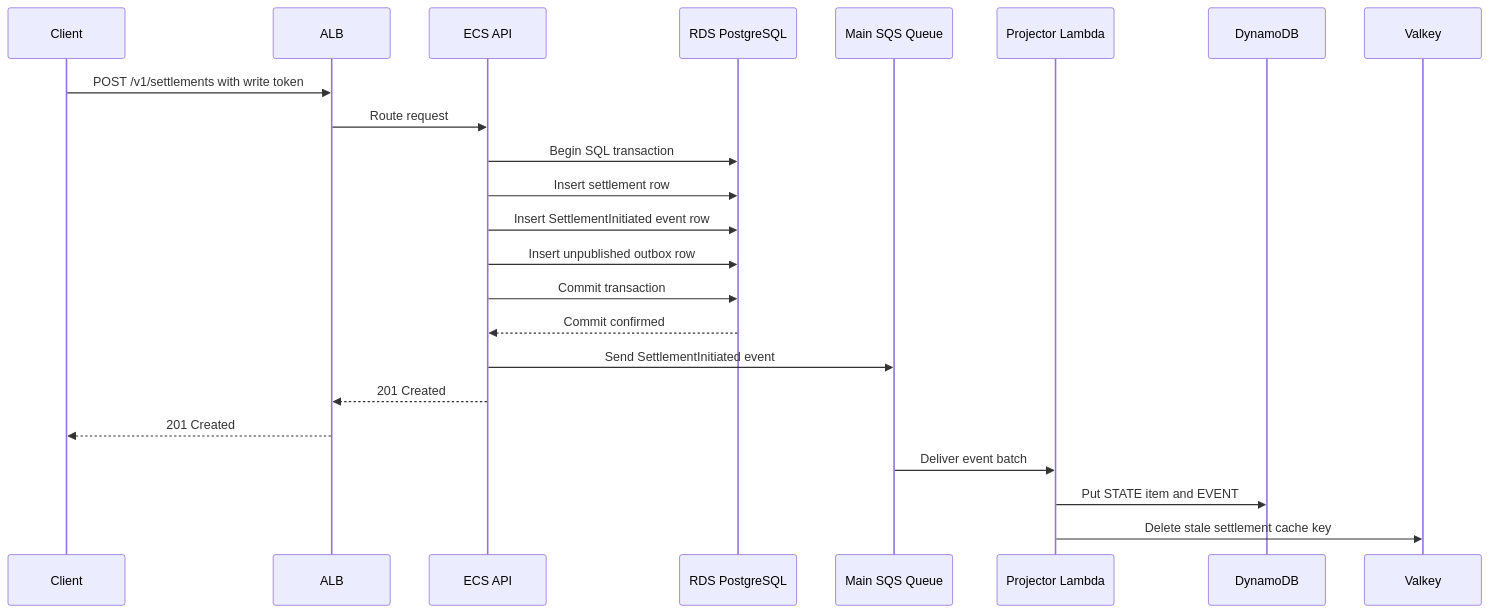
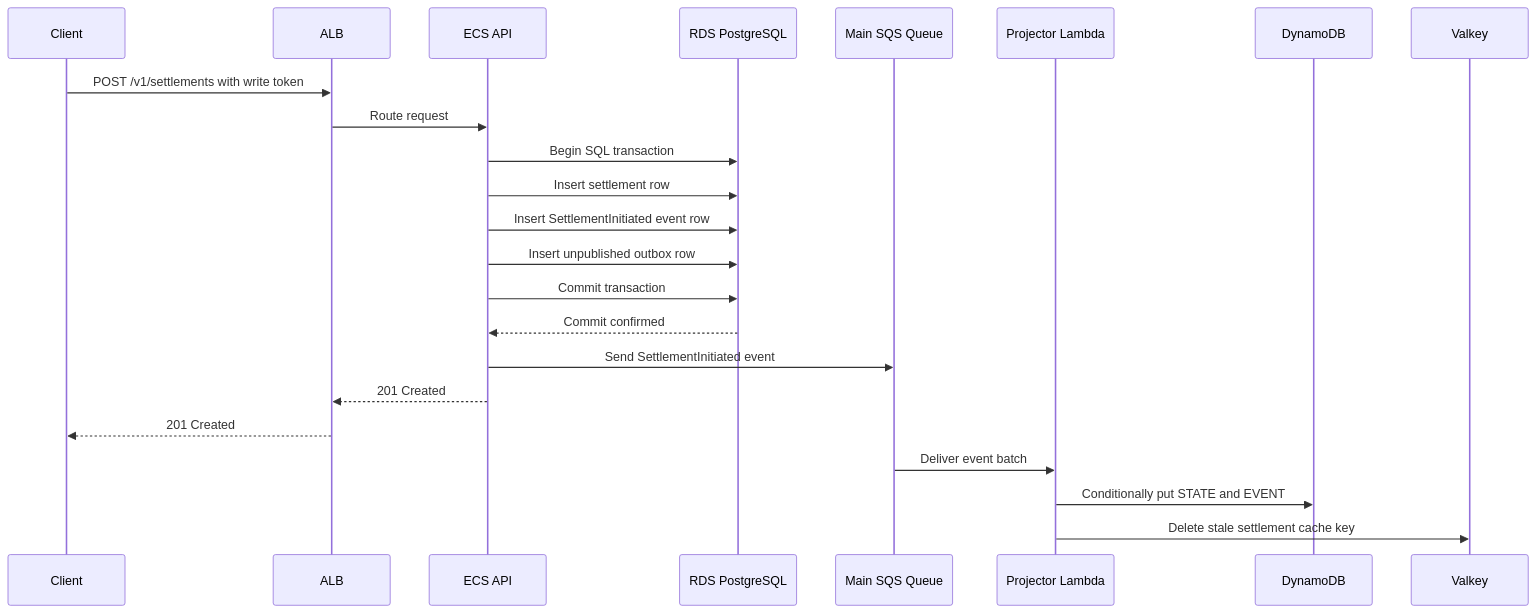
Before and after one commit to git-azeez/aw-az-01: the second of 8 diagrams in reasoning.md, drawn with Mermaid. The commit also changed other lines of this file and 18 other files, not shown here.

````diff
--- a/reasoning.md
+++ b/reasoning.md
@@ -74,26 +74,26 @@
 ```mermaid
 sequenceDiagram
     participant Client
     participant ALB
     participant API as ECS API
     participant RDS as RDS PostgreSQL
     participant SQS as Main SQS Queue
     participant Projector as Projector Lambda
     participant DDB as DynamoDB
     participant Valkey
 
     Client->>ALB: POST /v1/settlements with write token
     ALB->>API: Route request
     API->>RDS: Begin SQL transaction
     API->>RDS: Insert settlement row
     API->>RDS: Insert SettlementInitiated event row
     API->>RDS: Insert unpublished outbox row
     API->>RDS: Commit transaction
     RDS-->>API: Commit confirmed
     API->>SQS: Send SettlementInitiated event
     API-->>ALB: 201 Created
     ALB-->>Client: 201 Created
     SQS->>Projector: Deliver event batch
-    Projector->>DDB: Put STATE item and EVENT#00000001 item
+    Projector->>DDB: Conditionally put STATE and EVENT#00000001
     Projector->>Valkey: Delete stale settlement cache key
 ```
````
